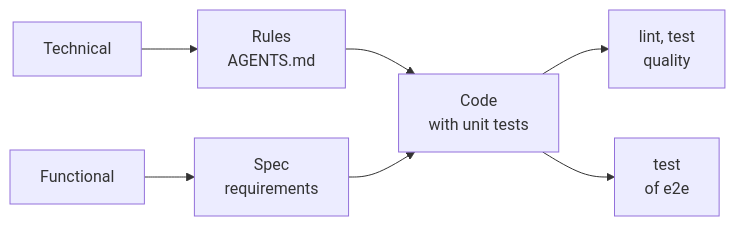
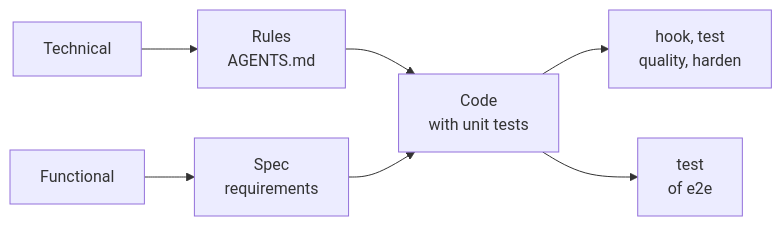
The diagram in docs/engineering/README.md (AIDDbot/AIDDbot), drawn with Mermaid before and after one commit. The commit also changed other lines of this file and 9 other files, not shown here.

````diff
--- a/docs/engineering/README.md
+++ b/docs/engineering/README.md
@@ -15,9 +15,9 @@
 ```mermaid
 flowchart LR
     TECH[Technical] --> rules[Rules<br/>AGENTS.md]
     FUNC[Functional] --> spec[Spec<br/>requirements]
     rules --> CODE[Code<br/>with unit tests]
     spec --> CODE
-    CODE --> techCheck[lint, test<br/>quality]
+    CODE --> techCheck[hook, test<br/>quality, harden]
     CODE --> specCheck[test<br/>of e2e]
 ```
````
